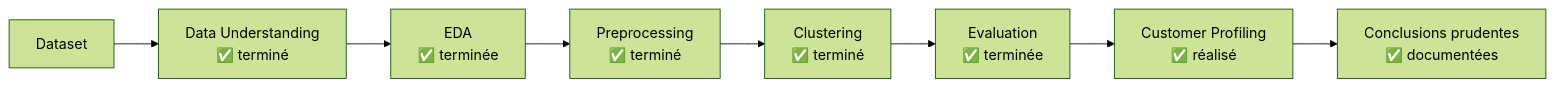
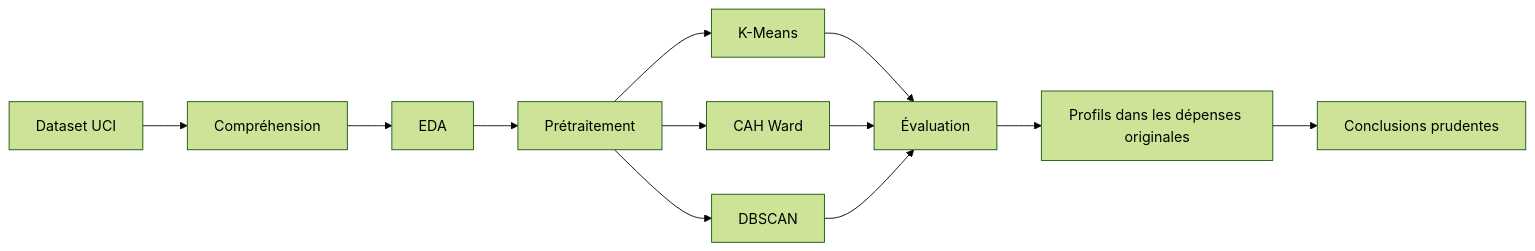
One commit to saadshr/ml2-customer-segmentation changed the diagram in README.md. Above: the diagram before and after it, drawn with Mermaid (forest theme). The commit also changed other lines of this file and 5 other files, not shown here.

````diff
--- a/README.md
+++ b/README.md
@@ -161,10 +95,14 @@
-~~~mermaid
+```mermaid
 flowchart LR
-    A[Dataset] --> B[Data Understanding<br/>✅ terminé]
-    B --> C[EDA<br/>✅ terminée]
-    C --> D[Preprocessing<br/>✅ terminé]
-    D --> E[Clustering<br/>✅ terminé]
-    E --> F[Evaluation<br/>✅ terminée]
-    F --> G[Customer Profiling<br/>✅ réalisé]
-    G --> H[Conclusions prudentes<br/>✅ documentées]
-~~~
+    A[Dataset UCI] --> B[Compréhension]
+    B --> C[EDA]
+    C --> D[Prétraitement]
+    D --> E[K-Means]
+    D --> F[CAH Ward]
+    D --> G[DBSCAN]
+    E --> H[Évaluation]
+    F --> H
+    G --> H
+    H --> I[Profils dans les dépenses originales]
+    I --> J[Conclusions prudentes]
+```
````
